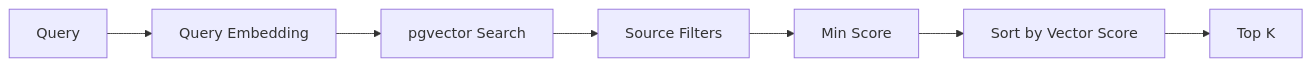
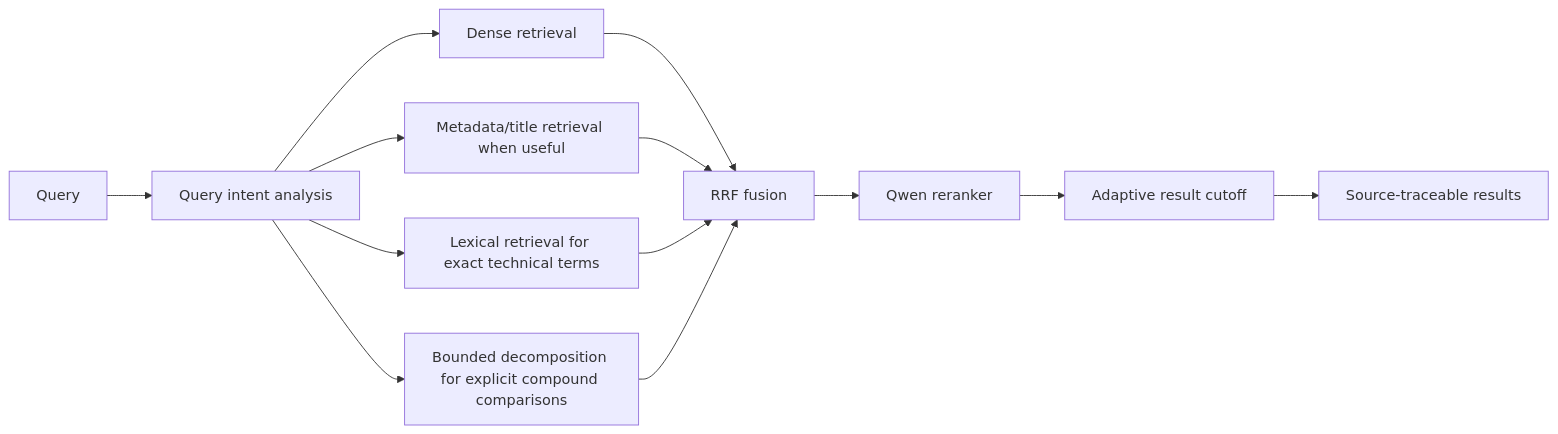
One commit to apinheiro99/rag-mcp changed the fourth of 6 diagrams in docs/architecture.md. Above: the diagram before and after it, drawn with Mermaid. The commit also changed other lines of this file and 6 other files, not shown here.

````diff
--- a/docs/architecture.md
+++ b/docs/architecture.md
@@ -271,9 +271,15 @@
 ```mermaid
 flowchart LR
-    Q[Query] --> QE[Query Embedding]
-    QE --> PG[pgvector Search]
-    PG --> F[Source Filters]
-    F --> MS[Min Score]
-    MS --> S[Sort by Vector Score]
-    S --> K[Top K]
+    Q[Query] --> I[Query intent analysis]
+    I --> D[Dense retrieval]
+    I --> M[Metadata/title retrieval when useful]
+    I --> L[Lexical retrieval for exact technical terms]
+    I --> X[Bounded decomposition for explicit compound comparisons]
+    D --> F[RRF fusion]
+    M --> F
+    L --> F
+    X --> F
+    F --> R[Qwen reranker]
+    R --> A[Adaptive result cutoff]
+    A --> O[Source-traceable results]
 ```
````
